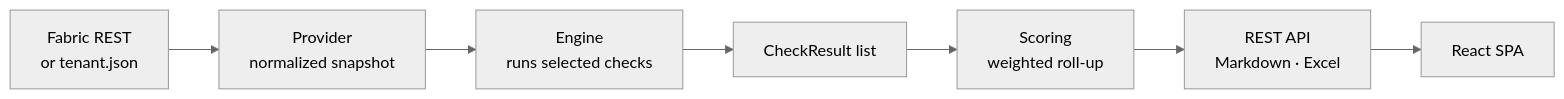
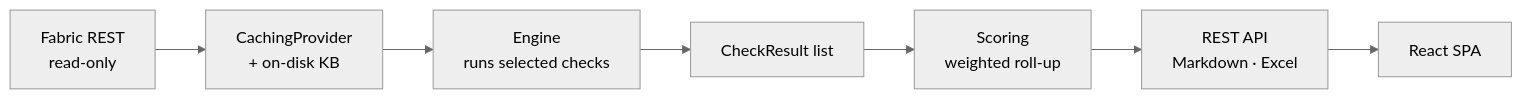
The diagram in docs/README.md (ridamgupta25/Microsoft-Fabric-Well-Architected-Auditor), drawn with Mermaid (neutral theme) before and after one commit. The commit also changed other lines of this file and 50 other files, not shown here.

````diff
--- a/docs/README.md
+++ b/docs/README.md
@@ -38,9 +38,9 @@
 ```mermaid
 flowchart LR
-    A[Fabric REST<br/>or tenant.json] --> B[Provider<br/>normalized snapshot]
+    A[Fabric REST<br/>read-only] --> B[CachingProvider<br/>+ on-disk KB]
     B --> C[Engine<br/>runs selected checks]
     C --> D[CheckResult list]
     D --> E[Scoring<br/>weighted roll-up]
     E --> F[REST API<br/>Markdown · Excel]
     F --> G[React SPA]
 ```
````
